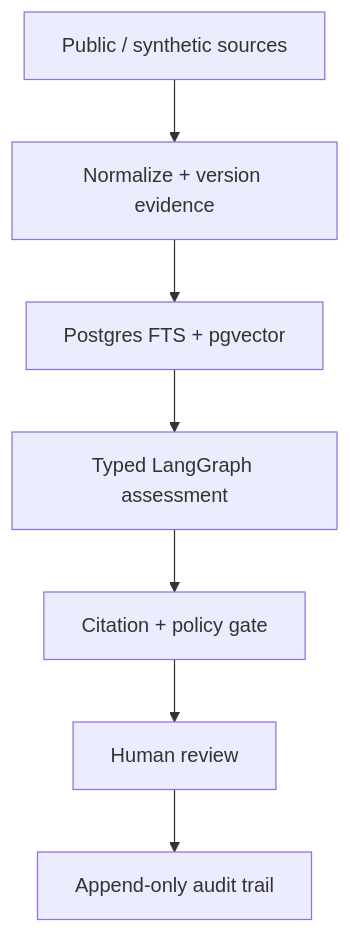
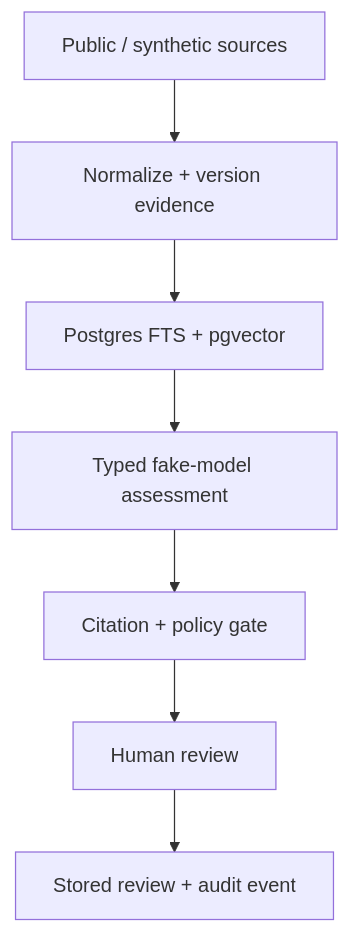
One commit to moisestech/agentic-evidence-pipeline changed the first of 6 diagrams in docs/ARCHITECTURE.md. Above: the diagram before and after it, drawn with Mermaid. The commit also changed other lines of this file and 9 other files, not shown here.

````diff
--- a/docs/ARCHITECTURE.md
+++ b/docs/ARCHITECTURE.md
@@ -7,9 +7,9 @@
 ```mermaid
 flowchart TD
     A["Public / synthetic sources"] --> B["Normalize + version evidence"]
     B --> C["Postgres FTS + pgvector"]
-    C --> D["Typed LangGraph assessment"]
+    C --> D["Typed fake-model assessment"]
     D --> E["Citation + policy gate"]
     E --> F["Human review"]
-    F --> G["Append-only audit trail"]
+    F --> G["Stored review + audit event"]
 ```
````
